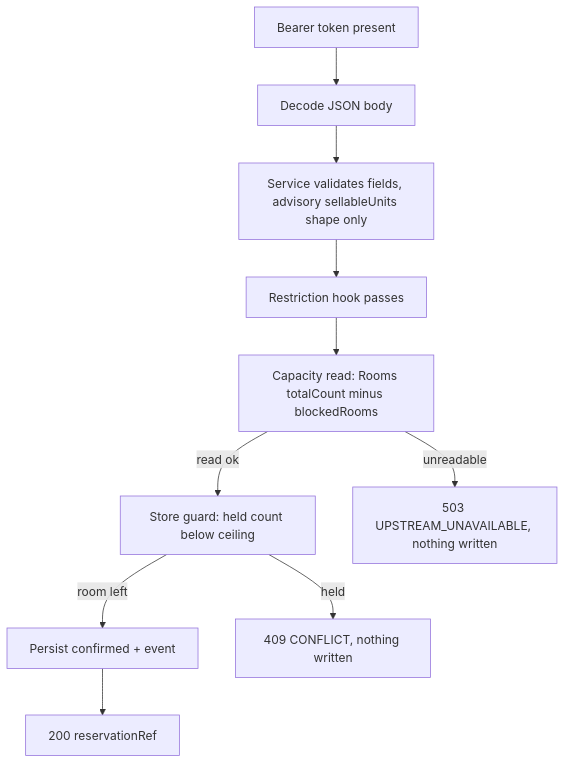
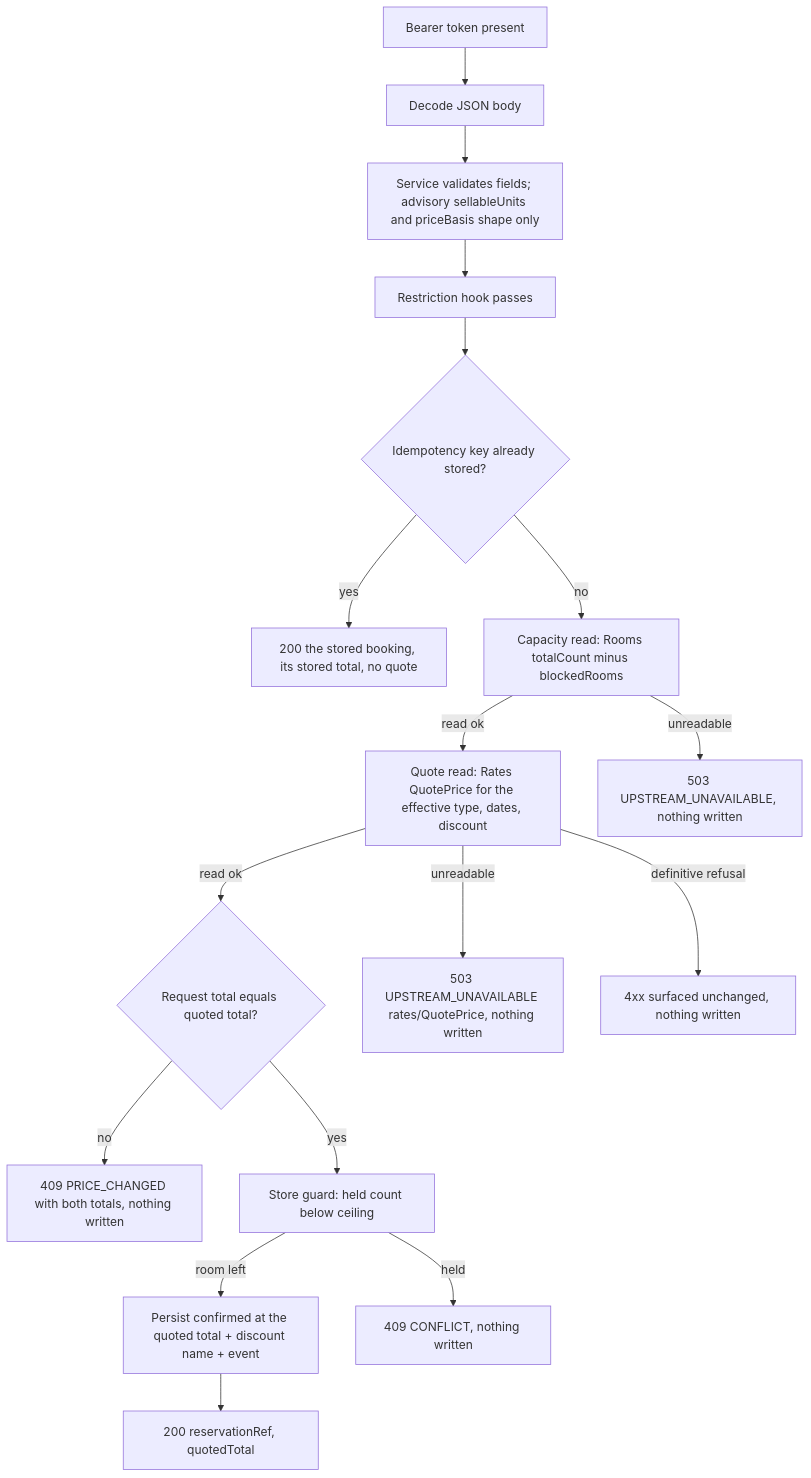
The first of 2 diagrams in docs/architecture/services/reservations.md (MingChen1501/hotel-mgmt), drawn with Mermaid before and after one commit. The commit also changed other lines of this file and 42 other files, not shown here.

First line of the commit message:
feat(reservations): Derive the reservation price basis from Pricing (#759)

````diff
--- a/docs/architecture/services/reservations.md
+++ b/docs/architecture/services/reservations.md
@@ -31,12 +31,19 @@
 ```mermaid
 flowchart TD
     A[Bearer token present] --> B[Decode JSON body]
-    B --> C[Service validates fields, advisory sellableUnits shape only]
+    B --> C[Service validates fields; advisory sellableUnits and priceBasis shape only]
     C --> D[Restriction hook passes]
-    D --> E[Capacity read: Rooms totalCount minus blockedRooms]
-    E -->|read ok| F[Store guard: held count below ceiling]
+    D --> R{Idempotency key already stored?}
+    R -->|yes| RR[200 the stored booking, its stored total, no quote]
+    R -->|no| E[Capacity read: Rooms totalCount minus blockedRooms]
+    E -->|read ok| Q[Quote read: Rates QuotePrice for the effective type, dates, discount]
     E -->|unreadable| U[503 UPSTREAM_UNAVAILABLE, nothing written]
-    F -->|room left| G[Persist confirmed + event]
+    Q -->|read ok| M{Request total equals quoted total?}
+    Q -->|unreadable| U2[503 UPSTREAM_UNAVAILABLE rates/QuotePrice, nothing written]
+    Q -->|definitive refusal| P[4xx surfaced unchanged, nothing written]
+    M -->|no| PC[409 PRICE_CHANGED with both totals, nothing written]
+    M -->|yes| F[Store guard: held count below ceiling]
+    F -->|room left| G[Persist confirmed at the quoted total + discount name + event]
     F -->|held| X[409 CONFLICT, nothing written]
-    G --> H[200 reservationRef]
+    G --> H[200 reservationRef, quotedTotal]
 ```
````
